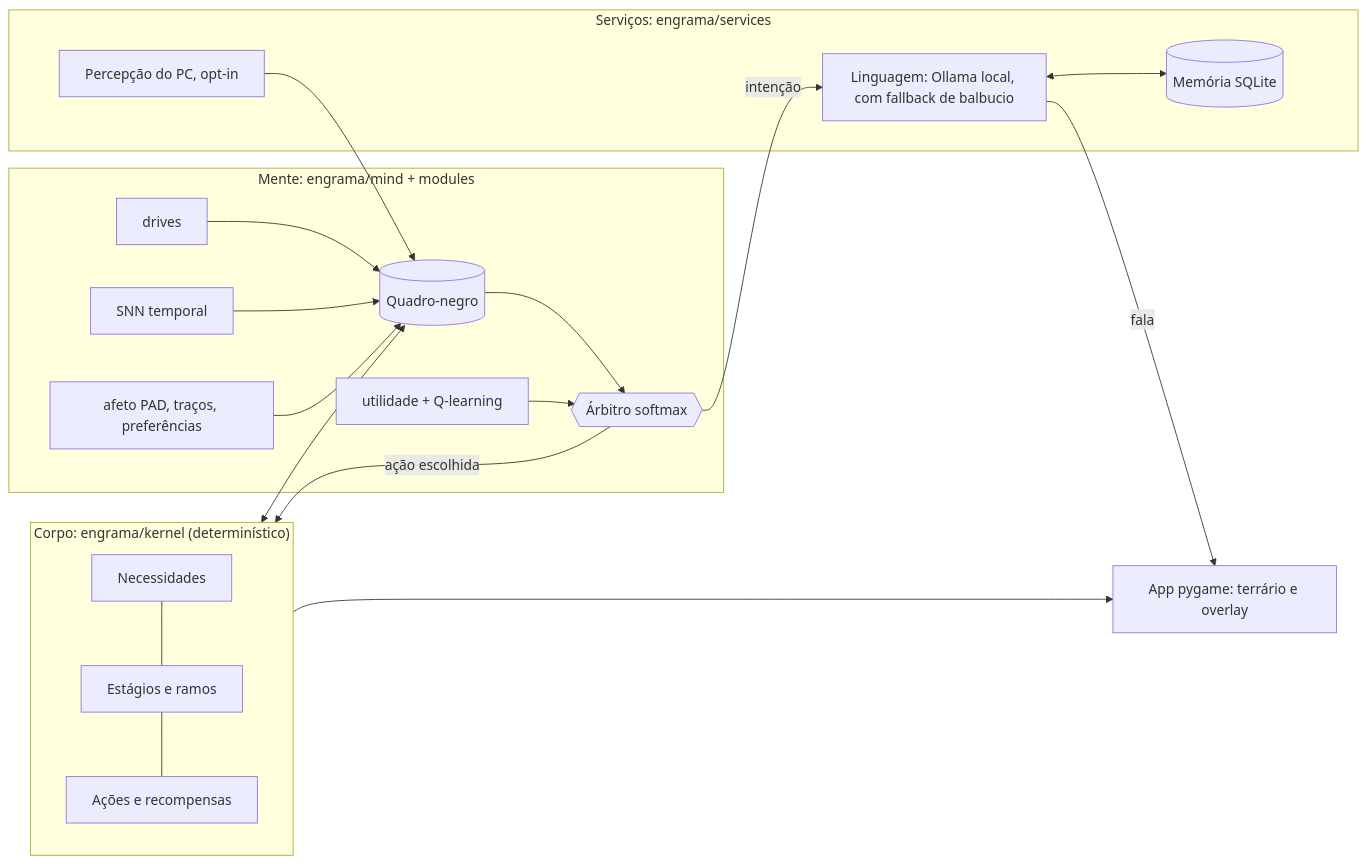
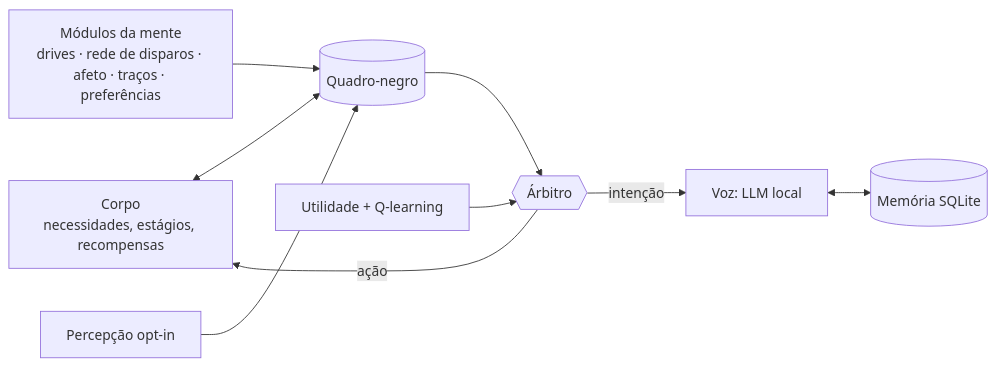
Before and after one commit to alexzjss/engrama: the first of 2 diagrams in README.md, drawn with Mermaid. The commit also changed other lines of this file and 10 other files, not shown here.

````diff
--- a/README.md
+++ b/README.md
@@ -66,27 +145,11 @@
 ```mermaid
 flowchart LR
-    subgraph Corpo["Corpo: engrama/kernel (determinístico)"]
-        N[Necessidades] --- E[Estágios e ramos]
-        E --- A[Ações e recompensas]
-    end
-    subgraph Mente["Mente: engrama/mind + modules"]
-        BB[(Quadro-negro)]
-        D[drives] --> BB
-        S[SNN temporal] --> BB
-        P[afeto PAD, traços, preferências] --> BB
-        BB --> ARB{{Árbitro softmax}}
-        Q[utilidade + Q-learning] --> ARB
-    end
-    subgraph Serv["Serviços: engrama/services"]
-        L[Linguagem: Ollama local, com fallback de balbucio]
-        M[(Memória SQLite)]
-        PC[Percepção do PC, opt-in]
-    end
-    Corpo <--> BB
-    ARB -- ação escolhida --> Corpo
-    ARB -- intenção --> L
-    PC --> BB
-    L <--> M
-    L -- fala --> UI[App pygame: terrário e overlay]
-    Corpo --> UI
+    K["Corpo<br/>necessidades, estágios, recompensas"] <--> BB[("Quadro-negro")]
+    M["Módulos da mente<br/>drives · rede de disparos · afeto · traços · preferências"] --> BB
+    BB --> A{{"Árbitro"}}
+    Q["Utilidade + Q-learning"] --> A
+    A -- ação --> K
+    A -- intenção --> L["Voz: LLM local"]
+    L <--> MEM[("Memória SQLite")]
+    P["Percepção opt-in"] --> BB
 ```
````
